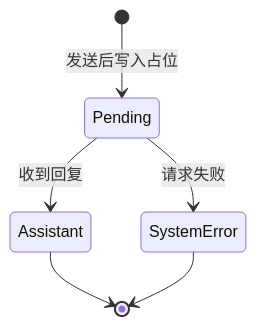
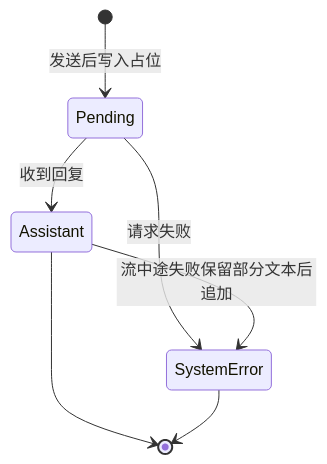
One commit to pppxxxy/easychat2 changed the third of 3 diagrams in .monkeycode/docs/ARCHITECTURE.md. Above: the diagram before and after it, drawn with Mermaid. The commit also changed other lines of this file and 5 other files, not shown here.

````diff
--- a/.monkeycode/docs/ARCHITECTURE.md
+++ b/.monkeycode/docs/ARCHITECTURE.md
@@ -196,8 +196,9 @@
 ```mermaid
 stateDiagram-v2
     [*] --> Pending: 发送后写入占位
     Pending --> Assistant: 收到回复
     Pending --> SystemError: 请求失败
+    Assistant --> SystemError: 流中途失败保留部分文本后追加
     Assistant --> [*]
     SystemError --> [*]
 ```
````
